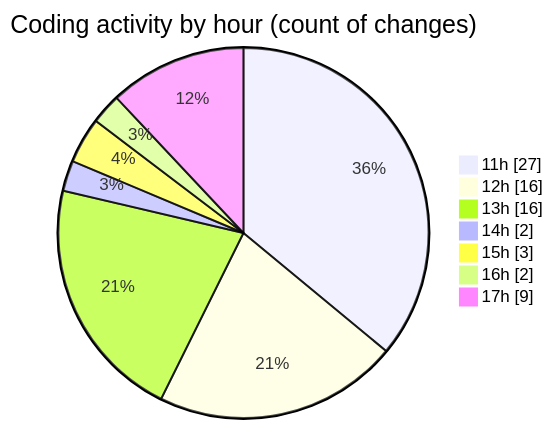
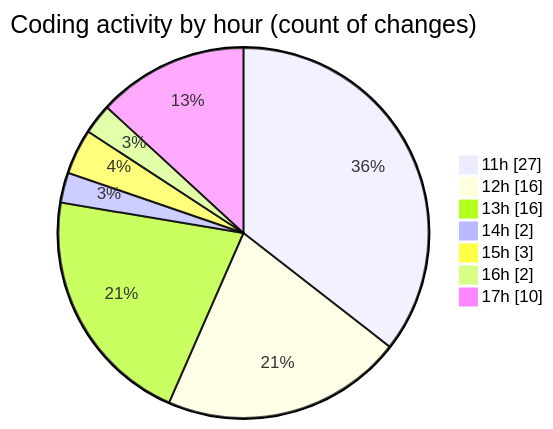
One commit to MatusMokan/code-tracking changed the second of 2 diagrams in 2025-04-18/myws__workspace_/README.md. Above: the diagram before and after it, drawn with Mermaid. The commit also changed other lines of this file and 1 other file, not shown here.

````diff
--- a/2025-04-18/myws__workspace_/README.md
+++ b/2025-04-18/myws__workspace_/README.md
@@ -30,11 +30,11 @@
 ```mermaid
 pie showData
 title Coding activity by hour (count of changes)
 "11h" : 27
 "12h" : 16
 "13h" : 16
 "14h" : 2
 "15h" : 3
 "16h" : 2
-"17h" : 9
+"17h" : 10
 ```
````
